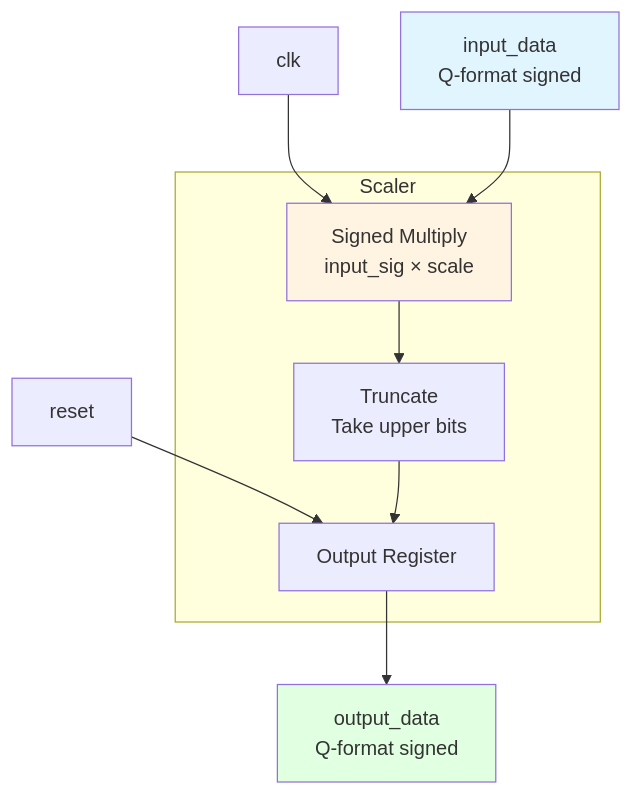
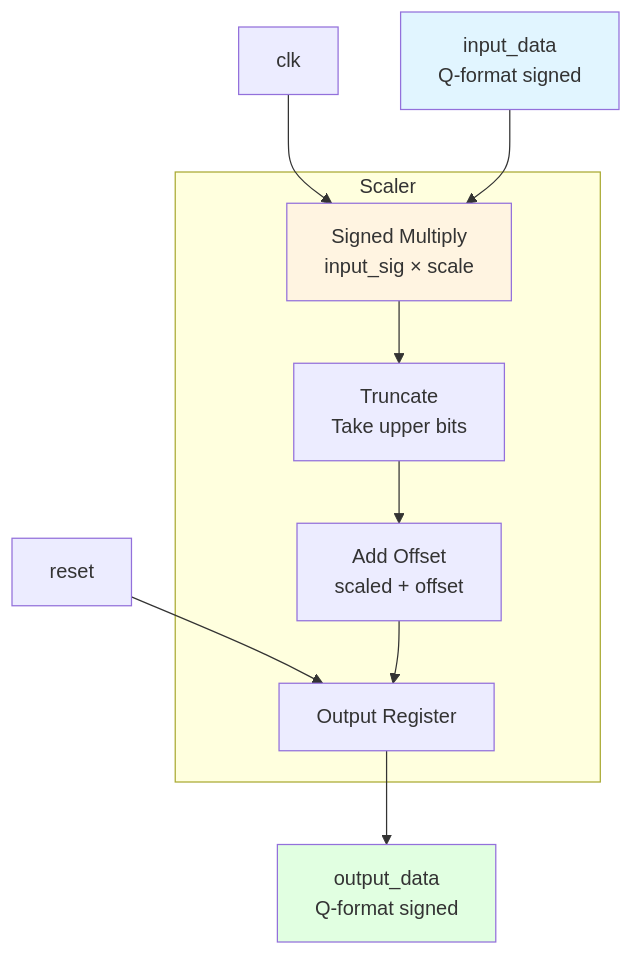
One commit to ekazakov1507/pwm_demo changed the seventh of 11 diagrams in docs/src/signal_chain/README.md. Above: the diagram before and after it, drawn with Mermaid. The commit also changed other lines of this file and 11 other files, not shown here.

````diff
--- a/docs/src/signal_chain/README.md
+++ b/docs/src/signal_chain/README.md
@@ -457,26 +478,28 @@
 ```mermaid
 graph TB
     CLK[clk]
     RST[reset]
     INPUT[input_data<br/>Q-format signed]
 
     subgraph "Scaler"
         MUL[Signed Multiply<br/>input_sig × scale]
         TRUNC[Truncate<br/>Take upper bits]
+        ADD[Add Offset<br/>scaled + offset]
         OUTPUT_REG[Output Register]
     end
 
     OUTPUT[output_data<br/>Q-format signed]
 
     CLK --> MUL
     RST --> OUTPUT_REG
     INPUT --> MUL
 
     MUL --> TRUNC
-    TRUNC --> OUTPUT_REG
+    TRUNC --> ADD
+    ADD --> OUTPUT_REG
     OUTPUT_REG --> OUTPUT
 
     style INPUT fill:#e1f5ff
     style OUTPUT fill:#e1ffe1
     style MUL fill:#fff4e1
 ```
````
